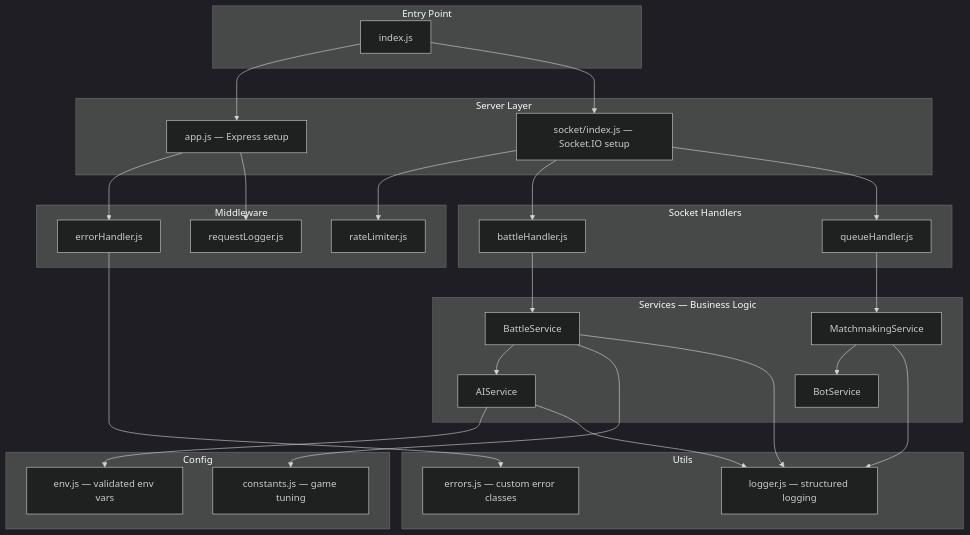
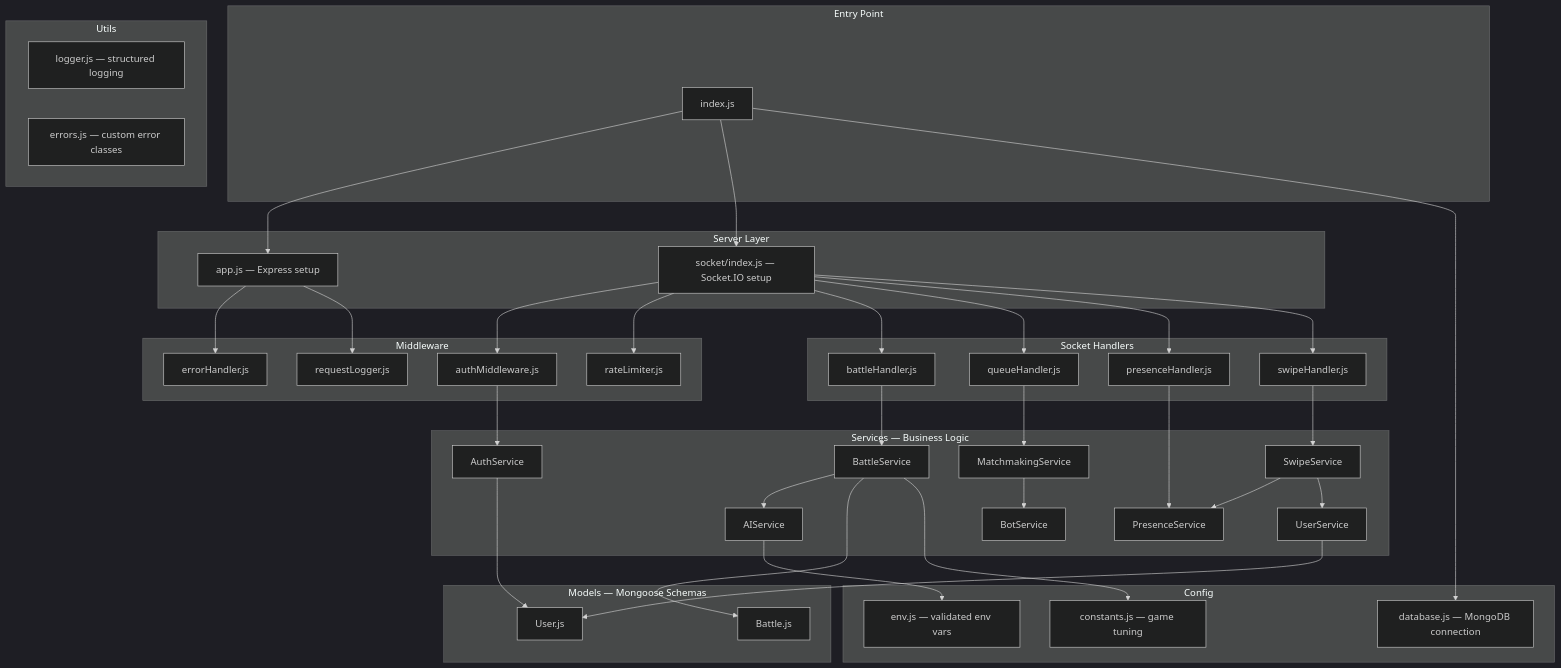
One commit to 1590703336/BattleBrain changed the first of 5 diagrams in backend/ARCHITECTURE.md. Above: the diagram before and after it, drawn with Mermaid (dark theme). The commit also changed other lines of this file and 14 other files, not shown here.

````diff
--- a/backend/ARCHITECTURE.md
+++ b/backend/ARCHITECTURE.md
@@ -13,57 +15,78 @@
 ```mermaid
 graph TB
     subgraph "Entry Point"
         INDEX[index.js]
     end
 
     subgraph "Server Layer"
         APP[app.js — Express setup]
         SOCKET[socket/index.js — Socket.IO setup]
     end
 
     subgraph "Middleware"
+        AUTH_MW[authMiddleware.js]
         ERR[errorHandler.js]
         RATE[rateLimiter.js]
         LOG[requestLogger.js]
     end
 
     subgraph "Socket Handlers"
         BATTLE_H[battleHandler.js]
         QUEUE_H[queueHandler.js]
+        PRESENCE_H[presenceHandler.js]
+        SWIPE_H[swipeHandler.js]
     end
 
     subgraph "Services — Business Logic"
+        AUTH_SVC[AuthService]
+        USER_SVC[UserService]
+        PRESENCE_SVC[PresenceService]
+        SWIPE_SVC[SwipeService]
         AI_SVC[AIService]
         BATTLE_SVC[BattleService]
         MATCH_SVC[MatchmakingService]
         BOT_SVC[BotService]
     end
 
+    subgraph "Models — Mongoose Schemas"
+        USER_MODEL[User.js]
+        BATTLE_MODEL[Battle.js]
+    end
+
     subgraph "Config"
         ENV[env.js — validated env vars]
         CONST[constants.js — game tuning]
+        DB[database.js — MongoDB connection]
     end
 
     subgraph "Utils"
         LOGGER[logger.js — structured logging]
         ERRORS[errors.js — custom error classes]
     end
 
     INDEX --> APP
     INDEX --> SOCKET
+    INDEX --> DB
     APP --> ERR
     APP --> LOG
+    SOCKET --> AUTH_MW
     SOCKET --> RATE
     SOCKET --> BATTLE_H
     SOCKET --> QUEUE_H
+    SOCKET --> PRESENCE_H
+    SOCKET --> SWIPE_H
+    AUTH_MW --> AUTH_SVC
+    PRESENCE_H --> PRESENCE_SVC
+    SWIPE_H --> SWIPE_SVC
+    SWIPE_SVC --> PRESENCE_SVC
+    SWIPE_SVC --> USER_SVC
     BATTLE_H --> BATTLE_SVC
     QUEUE_H --> MATCH_SVC
     BATTLE_SVC --> AI_SVC
     MATCH_SVC --> BOT_SVC
+    USER_SVC --> USER_MODEL
+    BATTLE_SVC --> BATTLE_MODEL
+    AUTH_SVC --> USER_MODEL
     AI_SVC --> ENV
     BATTLE_SVC --> CONST
-    BATTLE_SVC --> LOGGER
-    AI_SVC --> LOGGER
-    MATCH_SVC --> LOGGER
-    ERR --> ERRORS
 ```
````
